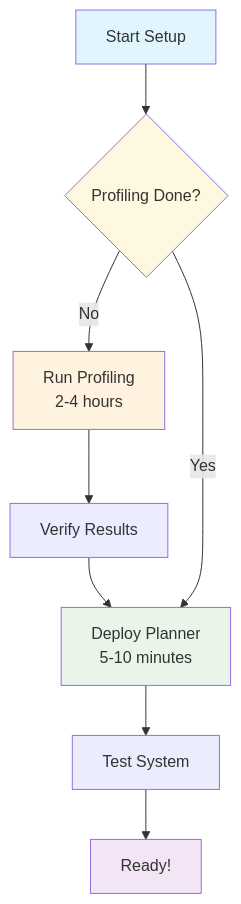
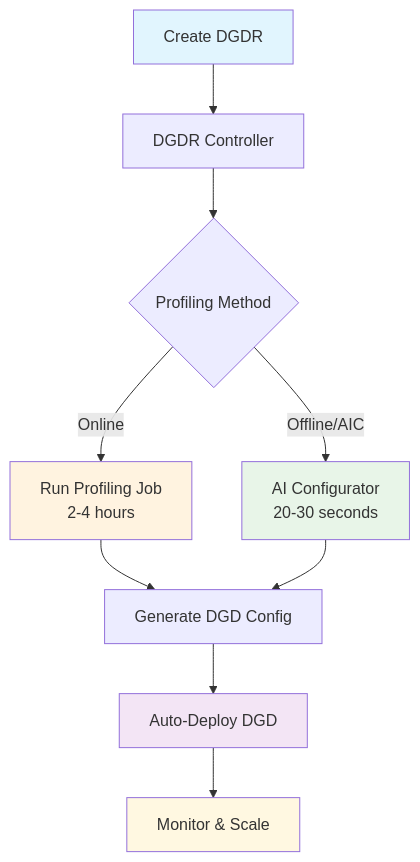
Before and after one commit to wxsms/dynamo: the diagram in docs/planner/sla_planner_quickstart.md, drawn with Mermaid. The commit also changed other lines of this file and 43 other files, not shown here.

Commit message:
feat: turn profiling k8s jobs into sample DGDR requests (#3864)

````diff
--- a/docs/planner/sla_planner_quickstart.md
+++ b/docs/planner/sla_planner_quickstart.md
@@ -20,16 +16,17 @@
 ```mermaid
 flowchart TD
-    A[Start Setup] --> B{Profiling Done?}
-    B -->|No| C[Run Profiling<br/>2-4 hours]
-    C --> D[Verify Results]
-    D --> E[Deploy Planner<br/>5-10 minutes]
-    B -->|Yes| E
-    E --> F[Test System]
-    F --> G[Ready!]
+    A[Create DGDR] --> B[DGDR Controller]
+    B --> C{Profiling Method}
+    C -->|Online| D[Run Profiling Job<br/>2-4 hours]
+    C -->|Offline/AIC| E[AI Configurator<br/>20-30 seconds]
+    D --> F[Generate DGD Config]
+    E --> F
+    F --> G[Auto-Deploy DGD]
+    G --> H[Monitor & Scale]
 
     style A fill:#e1f5fe
-    style C fill:#fff3e0
+    style D fill:#fff3e0
     style E fill:#e8f5e8
     style G fill:#f3e5f5
-    style B fill:#fff8e1
+    style H fill:#fff8e1
 ```
````
